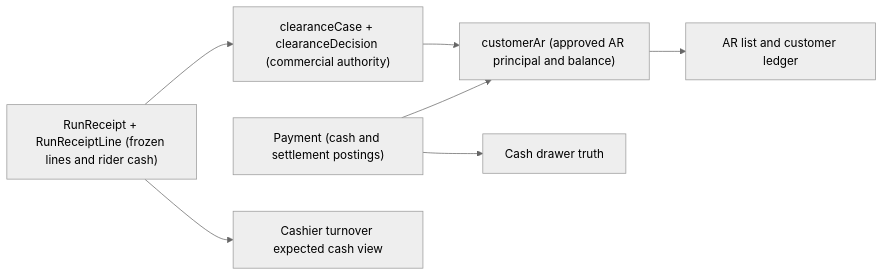
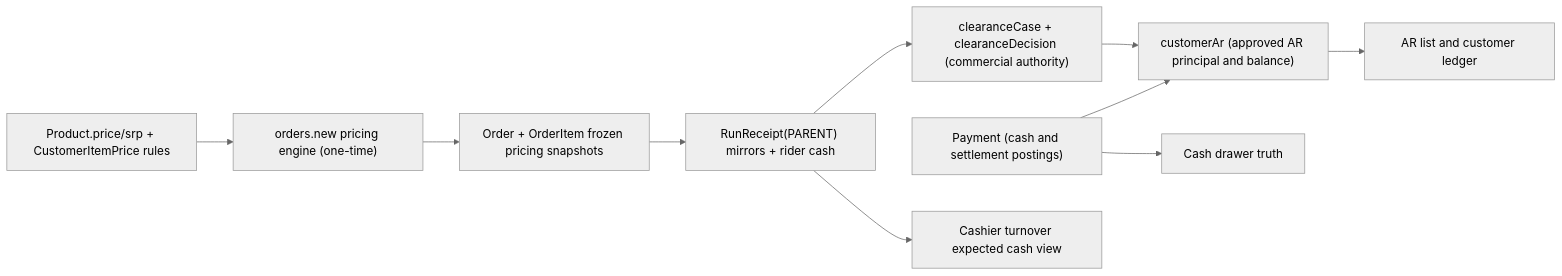
One commit to helloword214/zmstore-pos changed the third of 5 diagrams in docs/guide/DIAGRAMS_DELIVERY_CSS_AR.md. Above: the diagram before and after it, drawn with Mermaid (neutral theme). The commit also changed other lines of this file and 4 other files, not shown here.

Commit message:
docs(pricing): add canonical order pricing SoT and flow sync (#20)

````diff
--- a/docs/guide/DIAGRAMS_DELIVERY_CSS_AR.md
+++ b/docs/guide/DIAGRAMS_DELIVERY_CSS_AR.md
@@ -76,9 +81,12 @@
 ```mermaid
 flowchart LR
-    A["RunReceipt + RunReceiptLine (frozen lines and rider cash)"] --> B["clearanceCase + clearanceDecision (commercial authority)"]
-    B --> C["customerAr (approved AR principal and balance)"]
-    D["Payment (cash and settlement postings)"] --> C
-    A --> E["Cashier turnover expected cash view"]
-    D --> F["Cash drawer truth"]
-    C --> G["AR list and customer ledger"]
+    A["Product.price/srp + CustomerItemPrice rules"] --> B["orders.new pricing engine (one-time)"]
+    B --> C["Order + OrderItem frozen pricing snapshots"]
+    C --> D["RunReceipt(PARENT) mirrors + rider cash"]
+    D --> E["clearanceCase + clearanceDecision (commercial authority)"]
+    E --> F["customerAr (approved AR principal and balance)"]
+    G["Payment (cash and settlement postings)"] --> F
+    D --> H["Cashier turnover expected cash view"]
+    G --> I["Cash drawer truth"]
+    F --> J["AR list and customer ledger"]
 ```
````
